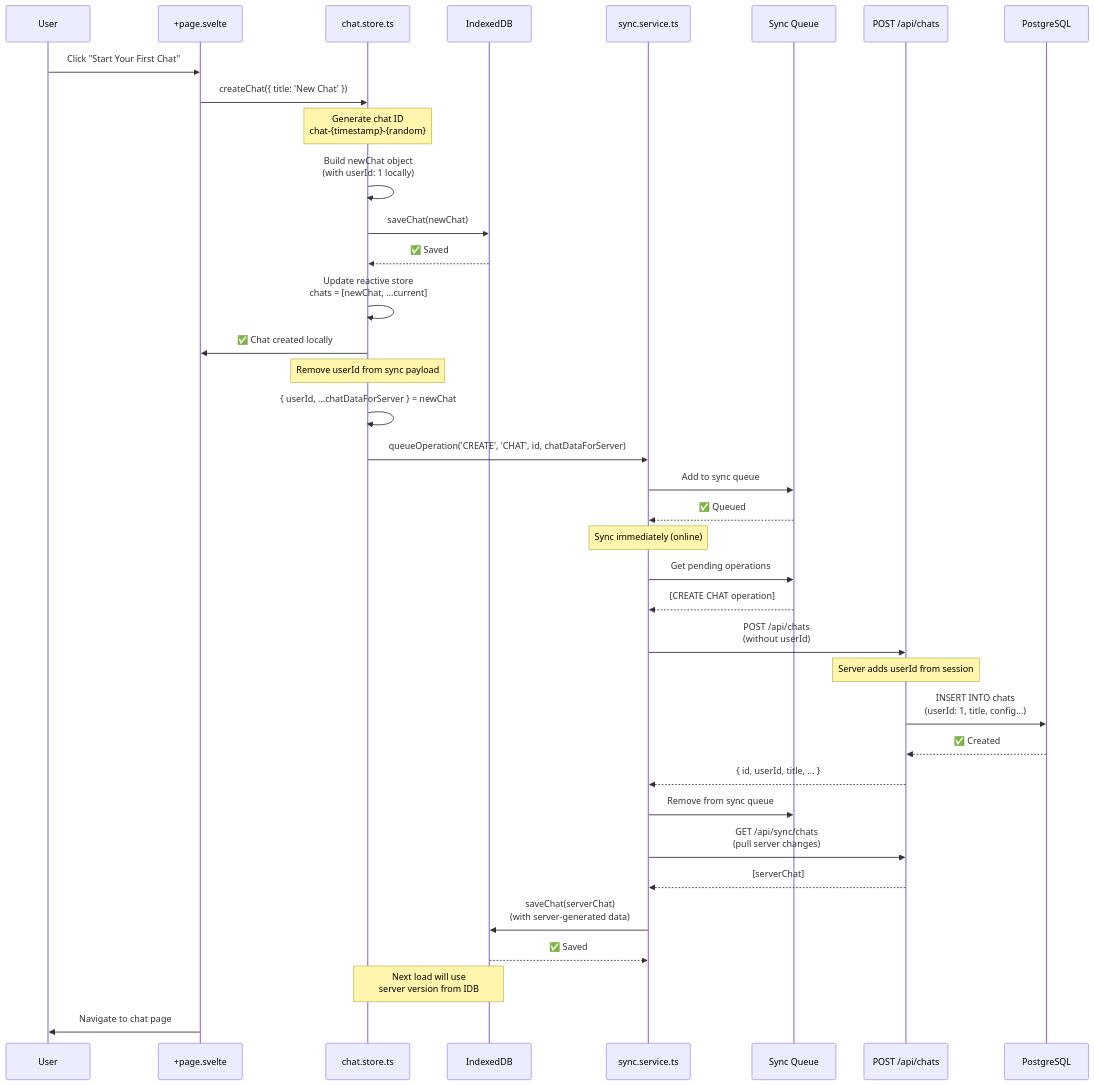
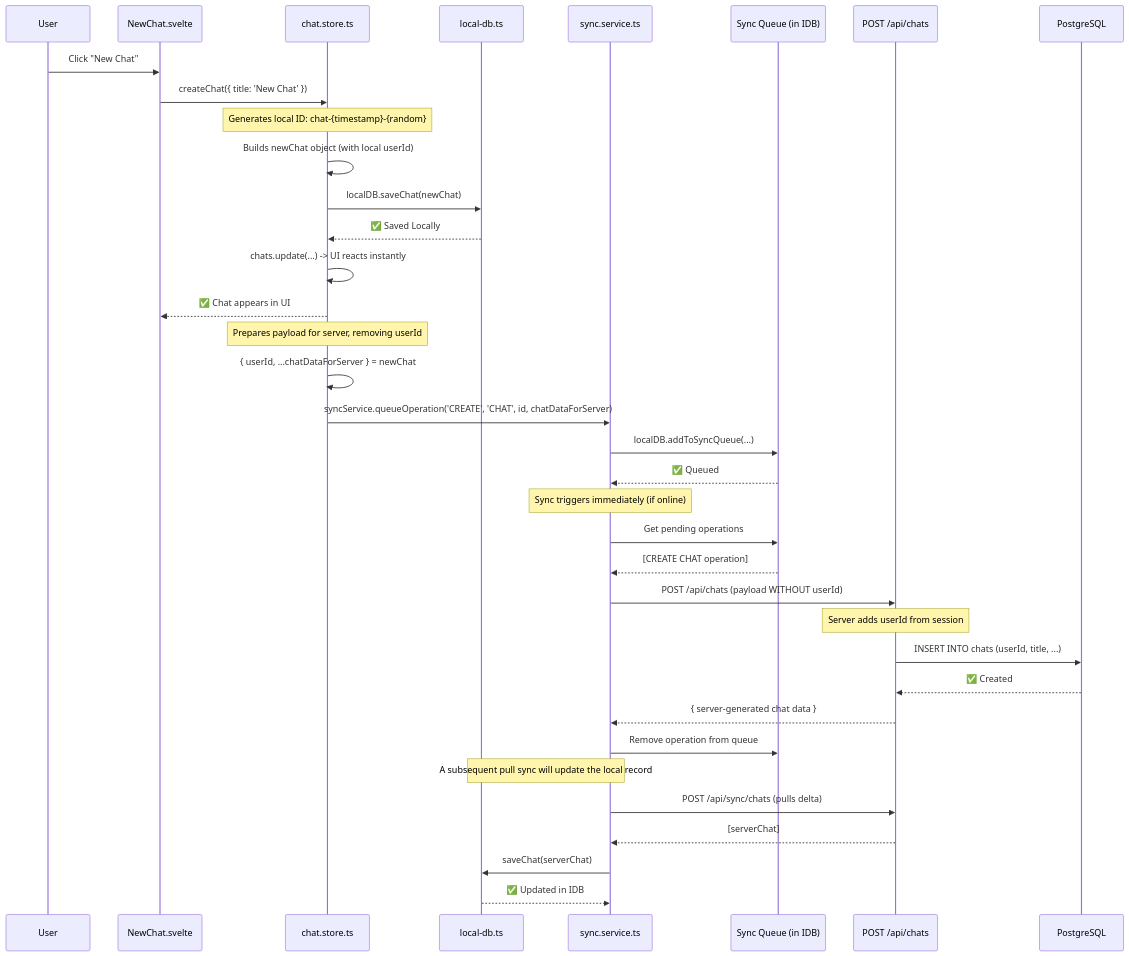
One commit to m1981/mychat-svelte changed the second of 5 diagrams in doc/specs/3-flows.md. Above: the diagram before and after it, drawn with Mermaid. The commit also changed other lines of this file, not shown here.

Commit message:
ref: update local-db.ts references in flows

````diff
--- a/doc/specs/3-flows.md
+++ b/doc/specs/3-flows.md
@@ -36,50 +39,48 @@
 ```mermaid
 sequenceDiagram
     participant User
-    participant Page as +page.svelte
+    participant Component as NewChat.svelte
     participant Store as chat.store.ts
-    participant IDB as IndexedDB
+    participant IDB as local-db.ts
     participant Sync as sync.service.ts
-    participant Queue as Sync Queue
+    participant Queue as Sync Queue (in IDB)
     participant API as POST /api/chats
     participant DB as PostgreSQL
 
-    User->>Page: Click "Start Your First Chat"
-    Page->>Store: createChat({ title: 'New Chat' })
+    User->>Component: Click "New Chat"
+    Component->>Store: createChat({ title: 'New Chat' })
     
-    Note over Store: Generate chat ID<br/>chat-{timestamp}-{random}
+    Note over Store: Generates local ID: chat-{timestamp}-{random}
+    Store->>Store: Builds newChat object (with local userId)
     
-    Store->>Store: Build newChat object<br/>(with userId: 1 locally)
-    Store->>IDB: saveChat(newChat)
-    IDB-->>Store: ✅ Saved
+    Store->>IDB: localDB.saveChat(newChat)
+    IDB-->>Store: ✅ Saved Locally
     
-    Store->>Store: Update reactive store<br/>chats = [newChat, ...current]
-    Store->>Page: ✅ Chat created locally
+    Store->>Store: chats.update(...) -> UI reacts instantly
+    Store-->>Component: ✅ Chat appears in UI
     
-    Note over Store: Remove userId from sync payload
+    Note over Store: Prepares payload for server, removing userId
     Store->>Store: { userId, ...chatDataForServer } = newChat
     
-    Store->>Sync: queueOperation('CREATE', 'CHAT', id, chatDataForServer)
-    Sync->>Queue: Add to sync queue
+    Store->>Sync: syncService.queueOperation('CREATE', 'CHAT', id, chatDataForServer)
+    Sync->>Queue: localDB.addToSyncQueue(...)
     Queue-->>Sync: ✅ Queued
     
-    Note over Sync: Sync immediately (online)
+    Note over Sync: Sync triggers immediately (if online)
     Sync->>Queue: Get pending operations
     Queue-->>Sync: [CREATE CHAT operation]
     
-    Sync->>API: POST /api/chats<br/>(without userId)
+    Sync->>API: POST /api/chats (payload WITHOUT userId)
     Note over API: Server adds userId from session
-    API->>DB: INSERT INTO chats<br/>(userId: 1, title, config...)
+    API->>DB: INSERT INTO chats (userId, title, ...)
     DB-->>API: ✅ Created
-    API-->>Sync: { id, userId, title, ... }
+    API-->>Sync: { server-generated chat data }
     
-    Sync->>Queue: Remove from sync queue
-    Sync->>API: GET /api/sync/chats<br/>(pull server changes)
+    Sync->>Queue: Remove operation from queue
+    
+    Note over Sync, IDB: A subsequent pull sync will update the local record
+    Sync->>API: POST /api/sync/chats (pulls delta)
     API-->>Sync: [serverChat]
-    Sync->>IDB: saveChat(serverChat)<br/>(with server-generated data)
-    IDB-->>Sync: ✅ Saved
-    
-    Note over Store,IDB: Next load will use<br/>server version from IDB
-    
-    Page->>User: Navigate to chat page
+    Sync->>IDB: saveChat(serverChat)
+    IDB-->>Sync: ✅ Updated in IDB
 ```
````
